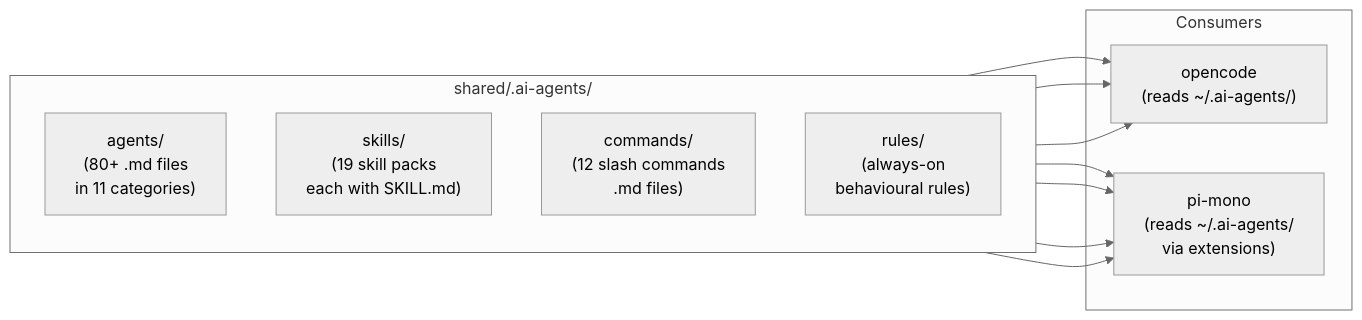
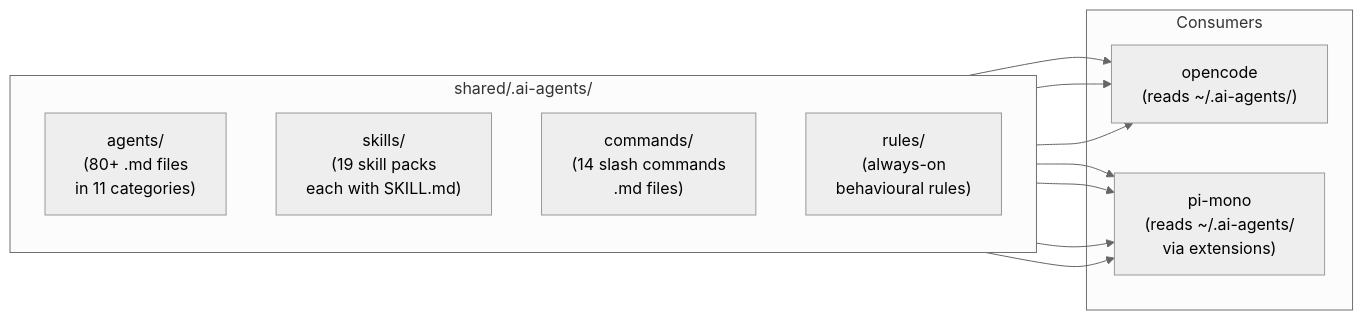
The second of 4 diagrams in docs/ARCHITECTURE.md (tektite-io/ai-coding-agents), drawn with Mermaid (neutral theme) before and after one commit. The commit also changed 2 other files, not shown here.

Commit message:
📝 docs: update README, COMMANDS and ARCHITECTURE for speckit changes
- README: update command count to 14, add speckit.model-selector and
  speckit.polish to file tree (alphabetical order)
- docs/COMMANDS.md: add /astro-dso-doc section, rename /specify.polish →
  /speckit.polish with model metadata note, add full /speckit.model-selector
  section documenting all 6 workflow phases
- docs/ARCHITECTURE.md: update Mermaid diagram node to 14 slash commands

````diff
--- a/docs/ARCHITECTURE.md
+++ b/docs/ARCHITECTURE.md
@@ -78,23 +78,23 @@
 ```mermaid
 flowchart LR
     subgraph shared["shared/.ai-agents/"]
         direction TB
         agents["agents/\n(80+ .md files\nin 11 categories)"]
         skills["skills/\n(19 skill packs\neach with SKILL.md)"]
-        commands["commands/\n(12 slash commands\n.md files)"]
+        commands["commands/\n(14 slash commands\n.md files)"]
         rules["rules/\n(always-on\nbehavioural rules)"]
     end
 
     subgraph consumers["Consumers"]
         oc["opencode\n(reads ~/.ai-agents/)"]
         pi["pi-mono\n(reads ~/.ai-agents/\nvia extensions)"]
     end
 
     agents --> oc
     agents --> pi
     skills --> oc
     skills --> pi
     commands --> oc
     commands --> pi
     rules --> pi
 ```
````
